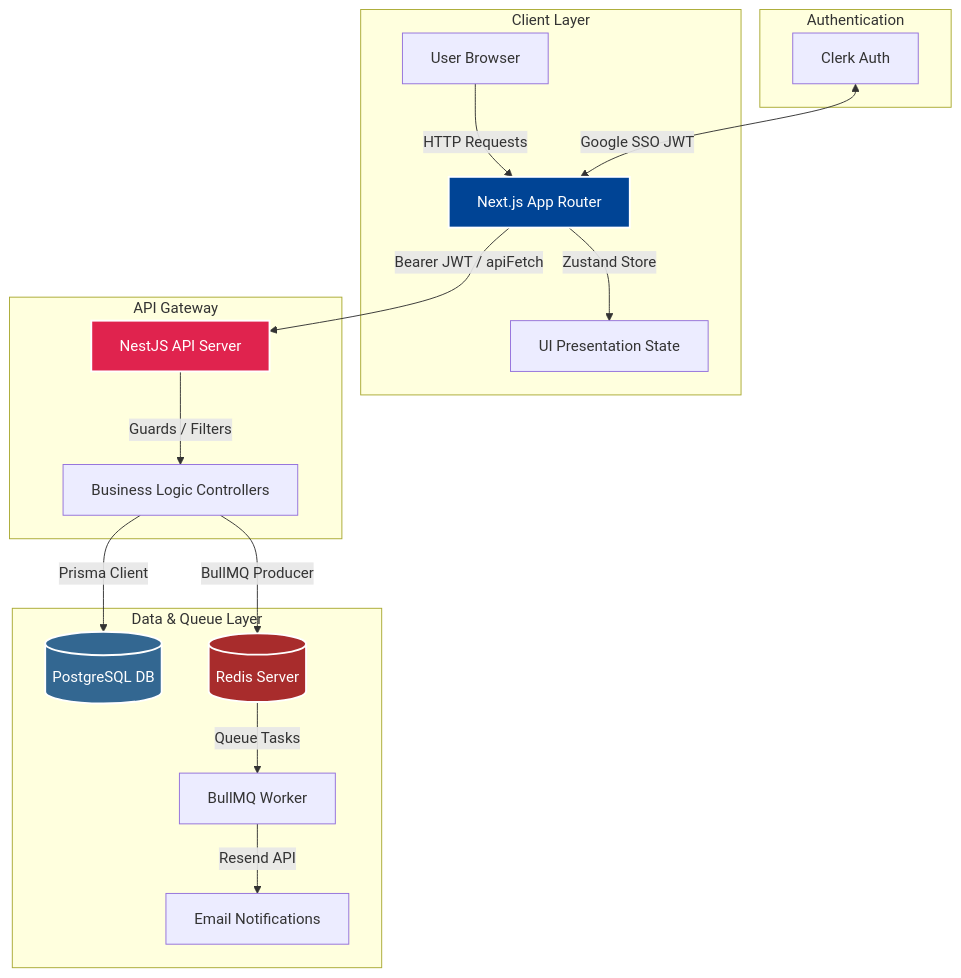
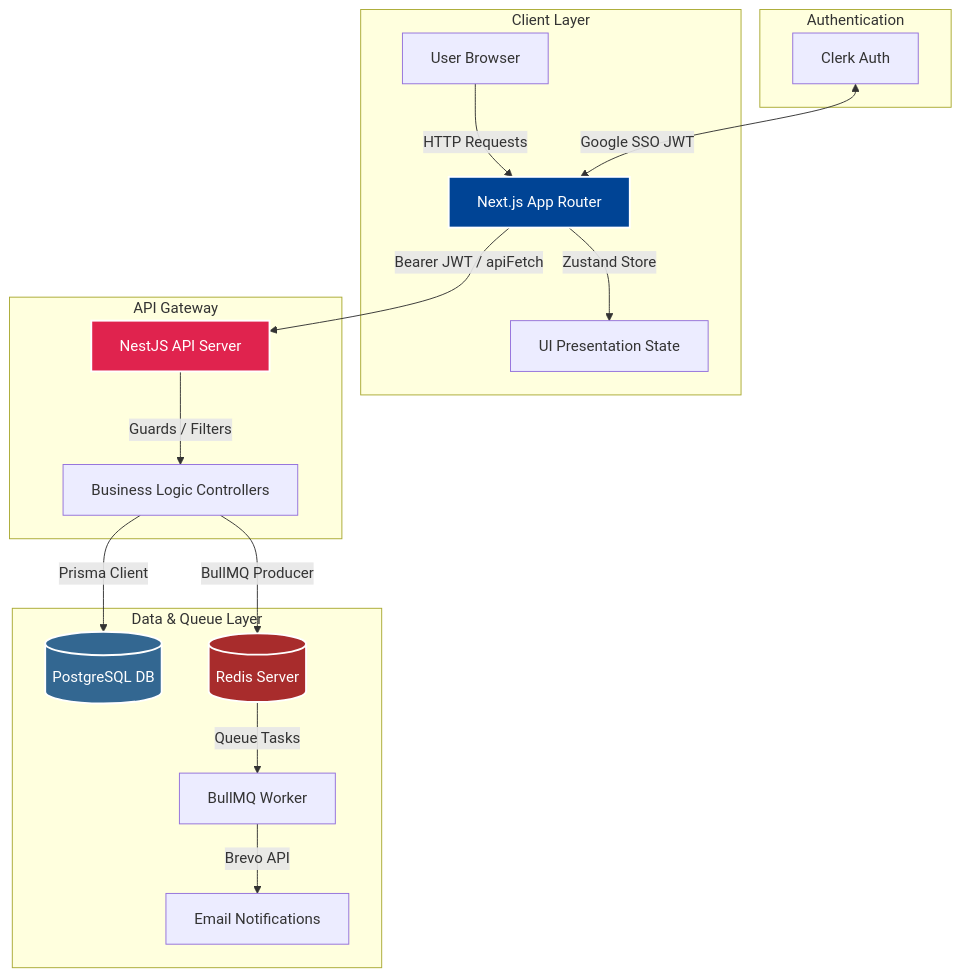
One commit to matheshwaran-io/CuriousBees_V2 changed the third of 6 diagrams in docs/reports/CuriousBees_V2_Project_Documentation.md. Above: the diagram before and after it, drawn with Mermaid. The commit also changed other lines of this file and 32 other files, not shown here.

````diff
--- a/docs/reports/CuriousBees_V2_Project_Documentation.md
+++ b/docs/reports/CuriousBees_V2_Project_Documentation.md
@@ -231,28 +231,28 @@
 ```mermaid
 flowchart TD
     subgraph Client ["Client Layer"]
         A["User Browser"] -->|HTTP Requests| B["Next.js App Router"]
         B -->|Zustand Store| C["UI Presentation State"]
     end
 
     subgraph Authentication
         D["Clerk Auth"] <-->|"Google SSO JWT"| B
     end
 
     subgraph API ["API Gateway"]
         B -->|"Bearer JWT / apiFetch"| E["NestJS API Server"]
         E -->|"Guards / Filters"| F["Business Logic Controllers"]
     end
 
     subgraph Data ["Data & Queue Layer"]
         F -->|"Prisma Client"| G[("PostgreSQL DB")]
         F -->|"BullMQ Producer"| H[("Redis Server")]
-        I["BullMQ Worker"] -->|"Resend API"| J["Email Notifications"]
+        I["BullMQ Worker"] -->|"Brevo API"| J["Email Notifications"]
         H -->|"Queue Tasks"| I
     end
 
     style B fill:#004495,stroke:#fff,stroke-width:2px,color:#fff
     style E fill:#E0234E,stroke:#fff,stroke-width:2px,color:#fff
     style G fill:#336791,stroke:#fff,stroke-width:2px,color:#fff
     style H fill:#a82c2c,stroke:#fff,stroke-width:2px,color:#fff
 ```
````
